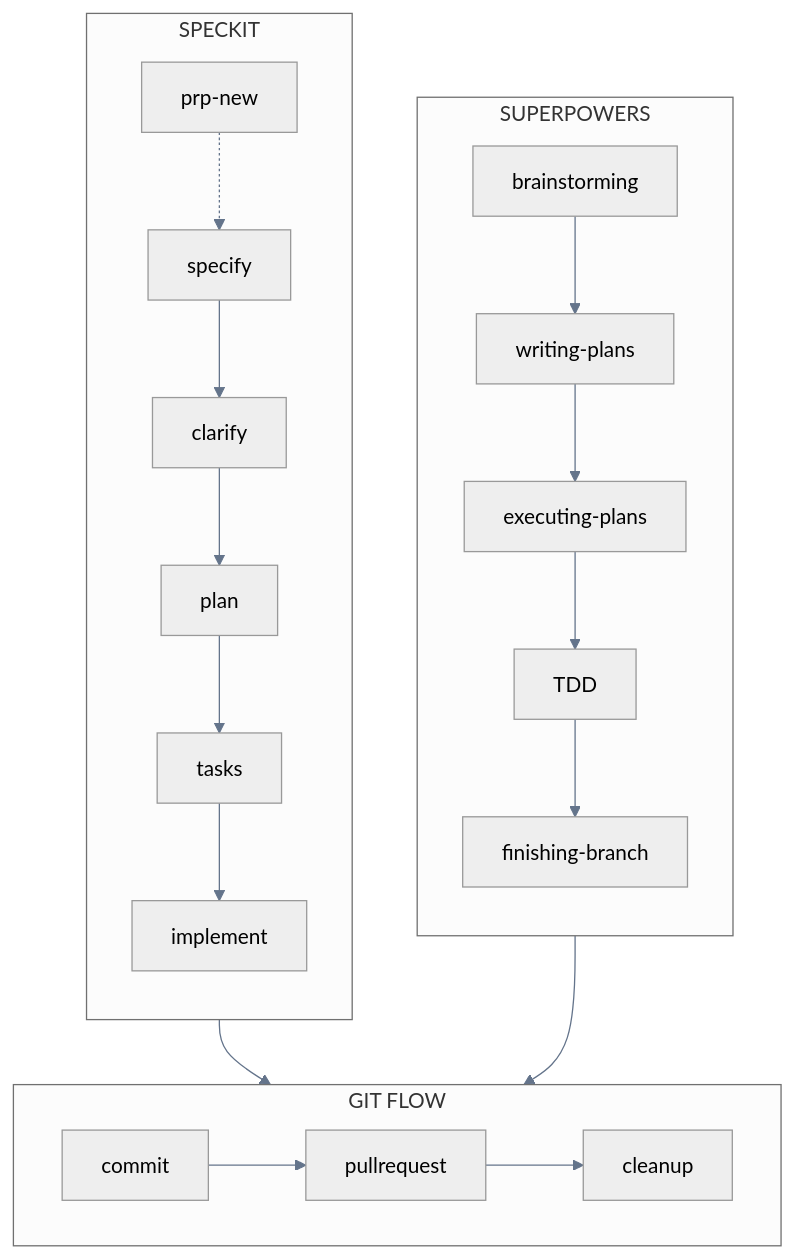
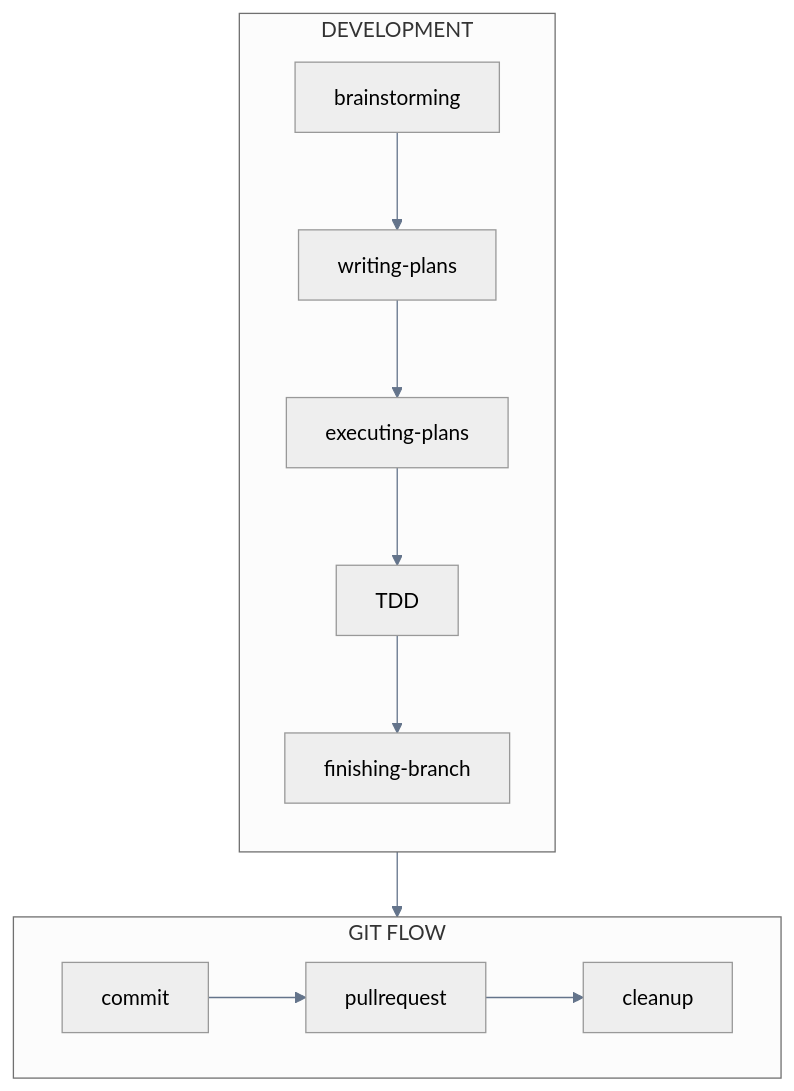
Before and after one commit to Dario-Arcos/ai-framework: the first of 2 diagrams in human-handbook/docs/ai-first-workflow.md, drawn with Mermaid. The commit also changed other lines of this file and 65 other files, not shown here.

First line of the commit message:
refactor: remove speckit and superpowers, document as external tools

````diff
--- a/human-handbook/docs/ai-first-workflow.md
+++ b/human-handbook/docs/ai-first-workflow.md
@@ -14,21 +9,15 @@
 ```mermaid
 %%{init: {'theme': 'neutral', 'themeVariables': { 'primaryColor': '#6366f1', 'primaryTextColor': '#1e293b', 'primaryBorderColor': '#4f46e5', 'lineColor': '#64748b', 'secondaryColor': '#f1f5f9', 'tertiaryColor': '#e2e8f0'}}}%%
 flowchart TB
-    subgraph SP["SUPERPOWERS"]
+    subgraph DEV["DEVELOPMENT"]
         direction TB
-        S1[brainstorming] --> S2[writing-plans] --> S3[executing-plans] --> S4[TDD] --> S5[finishing-branch]
-    end
-
-    subgraph SK["SPECKIT"]
-        direction TB
-        K0[prp-new] -.-> K1[specify] --> K2[clarify] --> K3[plan] --> K4[tasks] --> K5[implement]
+        D1[brainstorming] --> D2[writing-plans] --> D3[executing-plans] --> D4[TDD] --> D5[finishing-branch]
     end
 
     subgraph GIT["GIT FLOW"]
         direction LR
         G1[commit] --> G2[pullrequest] --> G3[cleanup]
     end
 
-    S5 --> GIT
-    K5 --> GIT
+    D5 --> GIT
 ```
````
